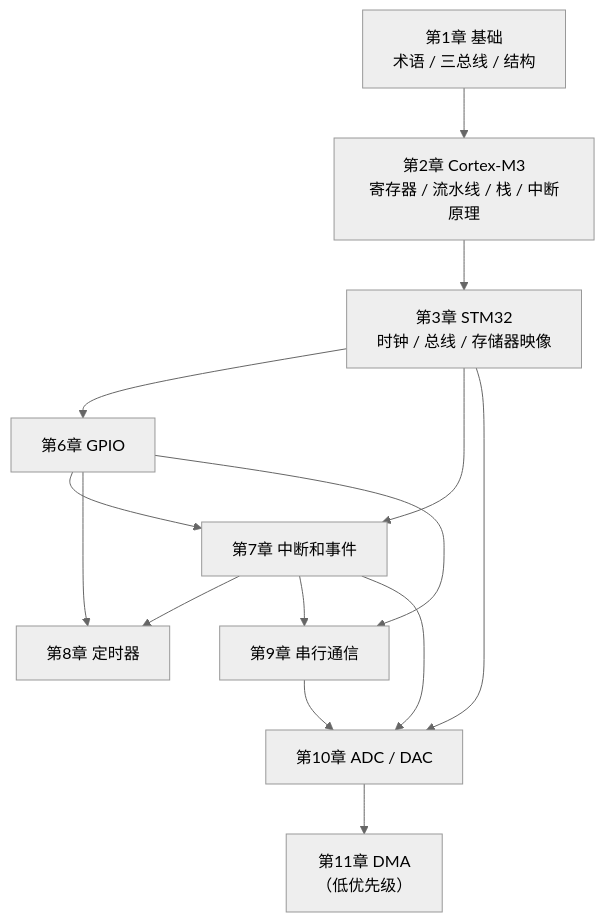
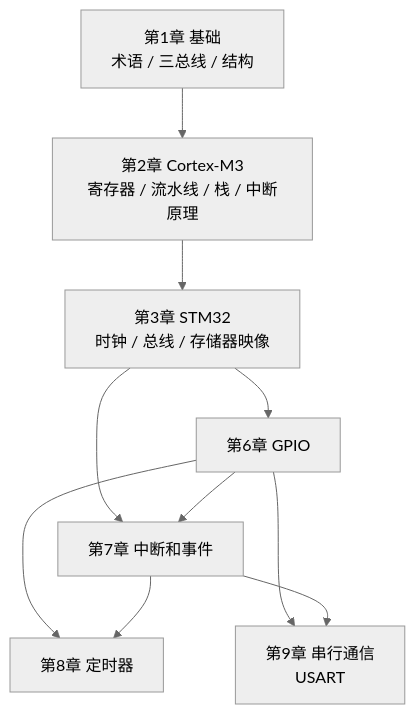
One commit to Luffy0325/weijiyuanli changed the diagram in notes/review/00_全书复习总览.md. Above: the diagram before and after it, drawn with Mermaid (neutral theme). The commit also changed other lines of this file and 19 other files, not shown here.

````diff
--- a/notes/review/00_全书复习总览.md
+++ b/notes/review/00_全书复习总览.md
@@ -102,26 +108,20 @@
 ```mermaid
 graph TD
     C1["第1章 基础<br/>术语 / 三总线 / 结构"]
     C2["第2章 Cortex-M3<br/>寄存器 / 流水线 / 栈 / 中断原理"]
     C3["第3章 STM32<br/>时钟 / 总线 / 存储器映像"]
     C6["第6章 GPIO"]
     C7["第7章 中断和事件"]
     C8["第8章 定时器"]
-    C9["第9章 串行通信"]
-    C10["第10章 ADC / DAC"]
-    C11["第11章 DMA<br/>（低优先级）"]
+    C9["第9章 串行通信<br/>USART"]
 
     C1 --> C2
     C2 --> C3
     C3 --> C6
     C3 --> C7
     C6 --> C7
     C6 --> C8
     C6 --> C9
-    C3 --> C10
     C7 --> C8
     C7 --> C9
-    C7 --> C10
-    C9 --> C10
-    C10 --> C11
 ```
````
